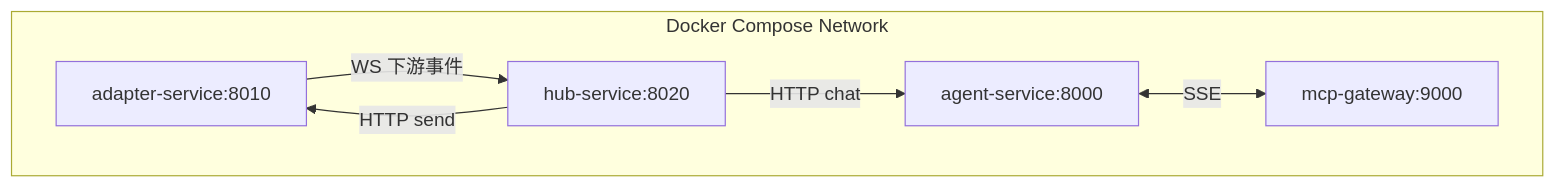
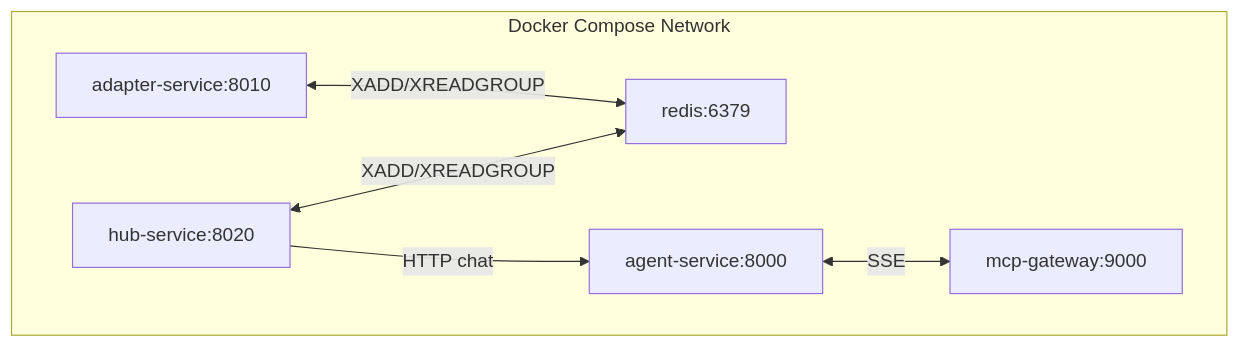
One commit to tamakara/aichan changed the second of 2 diagrams in docs/aichan.md. Above: the diagram before and after it, drawn with Mermaid. The commit also changed other lines of this file and 38 other files, not shown here.

````diff
--- a/docs/aichan.md
+++ b/docs/aichan.md
@@ -53,14 +55,15 @@
 ```mermaid
 flowchart TB
     subgraph C[Docker Compose Network]
+        RD[redis:6379]
         MG[mcp-gateway:9000]
         AG[agent-service:8000]
         HB[hub-service:8020]
         AD[adapter-service:8010]
     end
 
+    AD <-->|XADD/XREADGROUP| RD
+    HB <-->|XADD/XREADGROUP| RD
     AG <-->|SSE| MG
-    AD -->|WS 下游事件| HB
     HB -->|HTTP chat| AG
-    HB -->|HTTP send| AD
 ```
````
